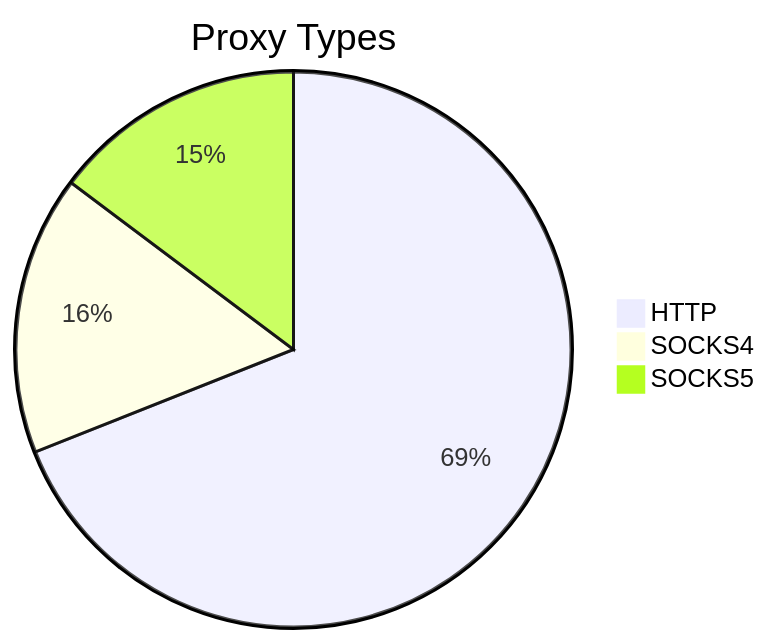
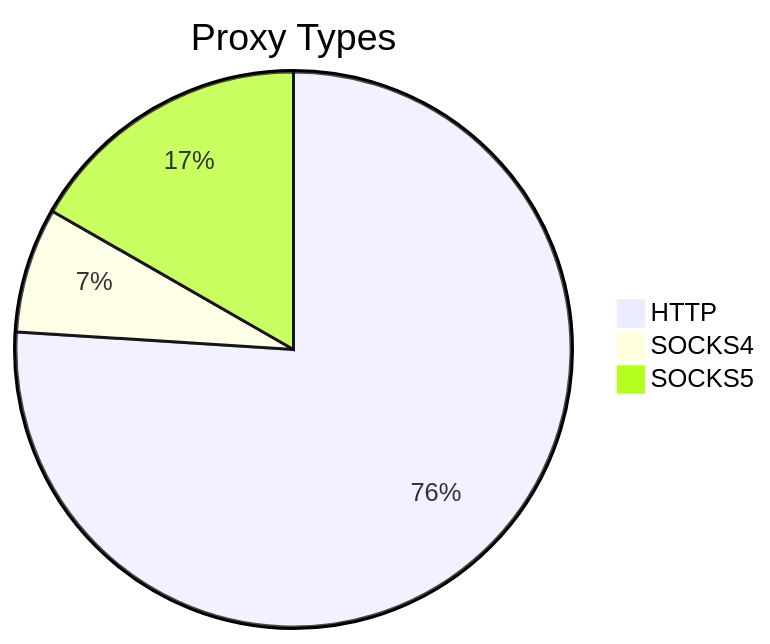
The first of 2 diagrams in README.md (stormsia/proxy-list), drawn with Mermaid before and after one commit. The commit also changed other lines of this file, not shown here.

````diff
--- a/README.md
+++ b/README.md
@@ -21,6 +21,6 @@
 ```mermaid
 pie title Proxy Types
-    "HTTP" : 505
-    "SOCKS4" : 119
-    "SOCKS5" : 108
+    "HTTP" : 282
+    "SOCKS4" : 27
+    "SOCKS5" : 62
 ```
````
